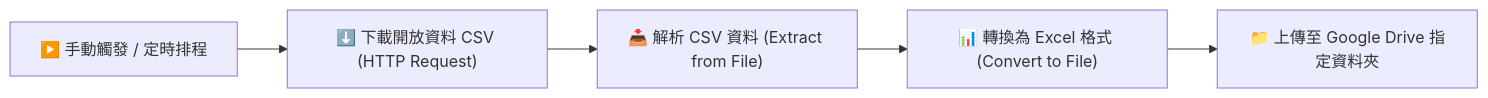
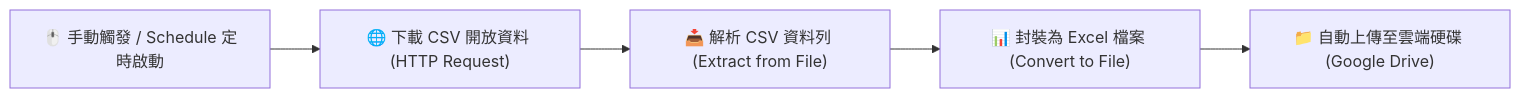
Before and after one commit to roberthsu2003/n8n: the diagram in Google_Cloud_api服務/儲存檔案至google_drive/README.md, drawn with Mermaid. The commit also changed other lines of this file and 10 other files, not shown here.

````diff
--- a/Google_Cloud_api服務/儲存檔案至google_drive/README.md
+++ b/Google_Cloud_api服務/儲存檔案至google_drive/README.md
@@ -12,7 +12,7 @@
 ```mermaid
 flowchart LR
-    A["▶️ 手動觸發 / 定時排程"] --> B["⬇️ 下載開放資料 CSV (HTTP Request)"]
-    B --> C["📥 解析 CSV 資料 (Extract from File)"]
-    C --> D["📊 轉換為 Excel 格式 (Convert to File)"]
-    D --> E["📁 上傳至 Google Drive 指定資料夾"]
+    A["🖱️ 手動觸發 / Schedule 定時啟動"] --> B["🌐 下載 CSV 開放資料 (HTTP Request)"]
+    B --> C["📥 解析 CSV 資料列 (Extract from File)"]
+    C --> D["📊 封裝為 Excel 檔案 (Convert to File)"]
+    D --> E["📁 自動上傳至雲端硬碟 (Google Drive)"]
 ```
````
